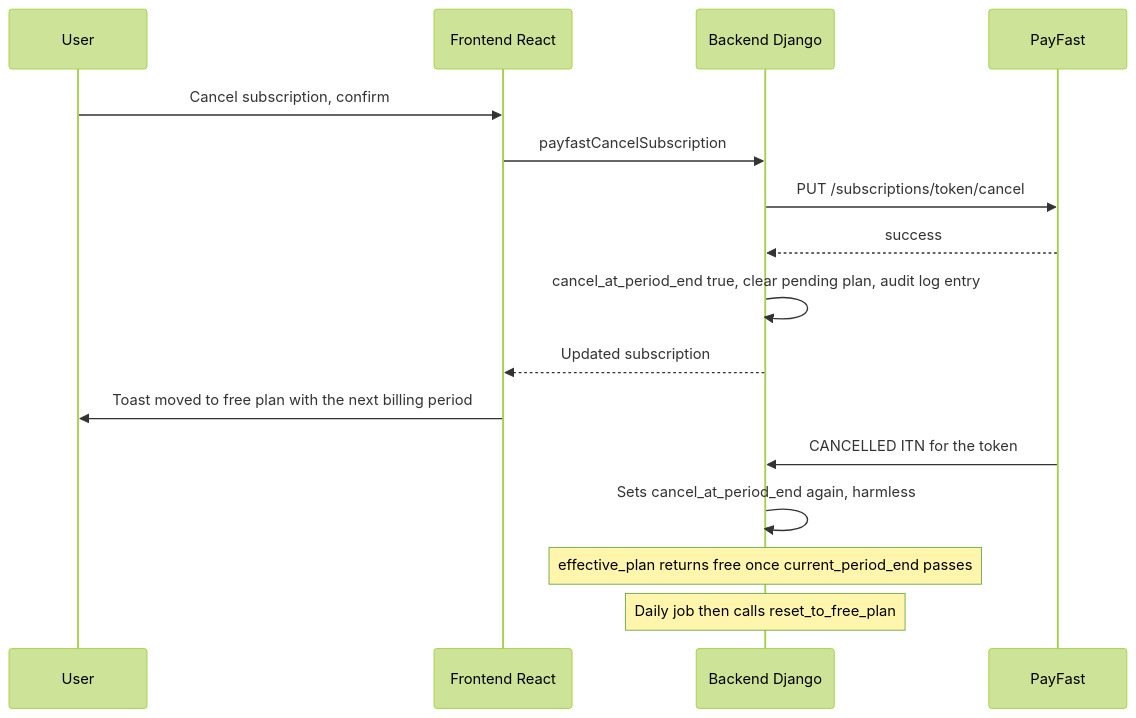
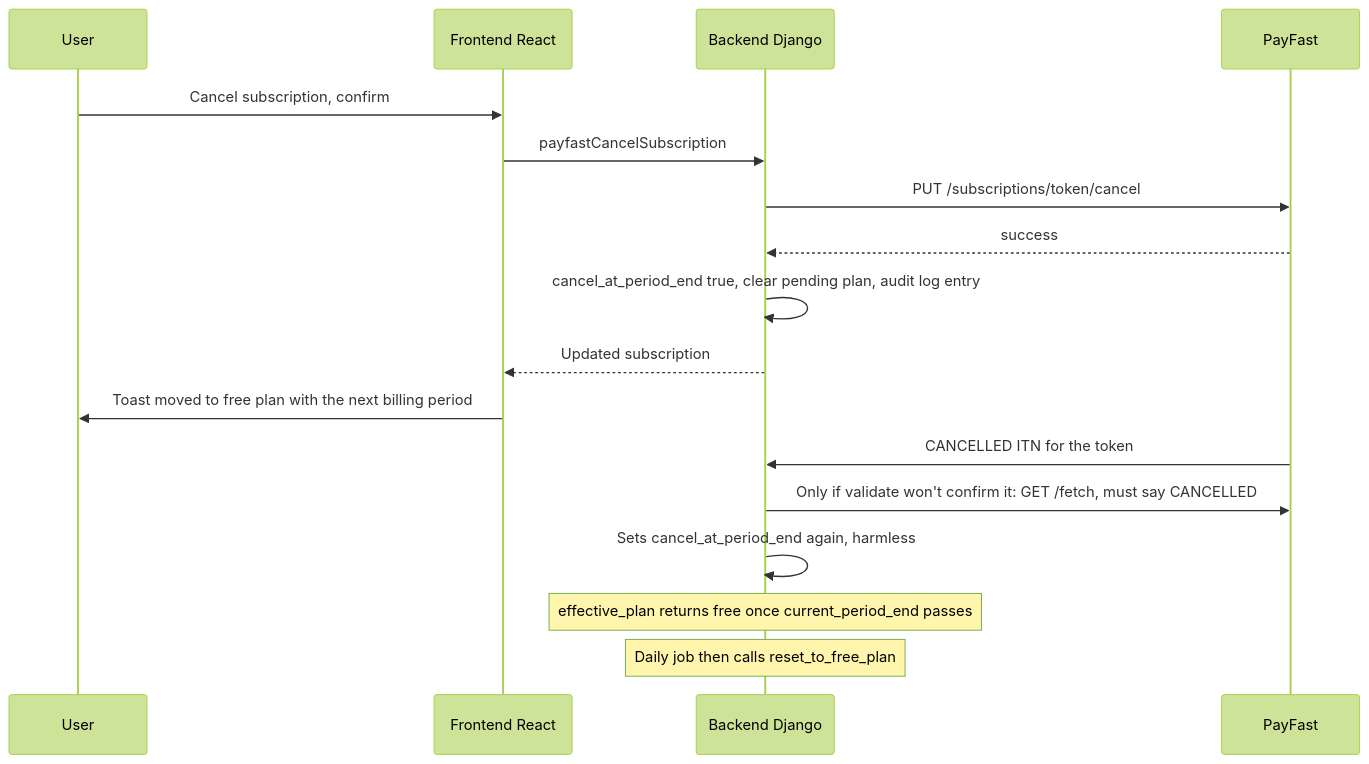
One commit to Kgotso-Koete/shopify-python-django-saas-app changed the seventh of 7 diagrams in docs/superpowers/specs/2026-10-01-payfast-walkthrough.md. Above: the diagram before and after it, drawn with Mermaid (forest theme). The commit also changed other lines of this file and 59 other files, not shown here.

````diff
--- a/docs/superpowers/specs/2026-10-01-payfast-walkthrough.md
+++ b/docs/superpowers/specs/2026-10-01-payfast-walkthrough.md
@@ -295,18 +302,19 @@
 ```mermaid
 sequenceDiagram
   participant U as User
   participant F as Frontend React
   participant B as Backend Django
   participant P as PayFast
   U->>F: Cancel subscription, confirm
   F->>B: payfastCancelSubscription
   B->>P: PUT /subscriptions/token/cancel
   P-->>B: success
   B->>B: cancel_at_period_end true, clear pending plan, audit log entry
   B-->>F: Updated subscription
   F->>U: Toast moved to free plan with the next billing period
   P->>B: CANCELLED ITN for the token
+  B->>P: Only if validate won't confirm it: GET /fetch, must say CANCELLED
   B->>B: Sets cancel_at_period_end again, harmless
   Note over B: effective_plan returns free once current_period_end passes
   Note over B: Daily job then calls reset_to_free_plan
 ```
````
